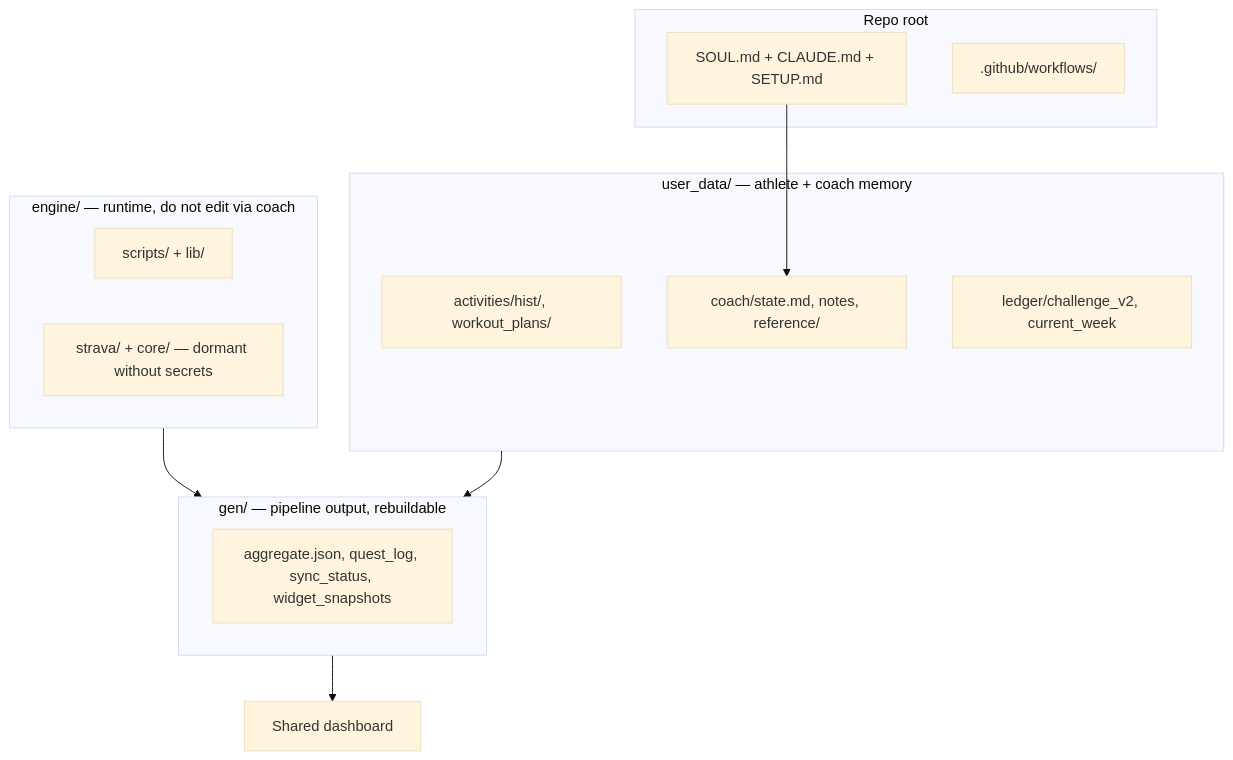
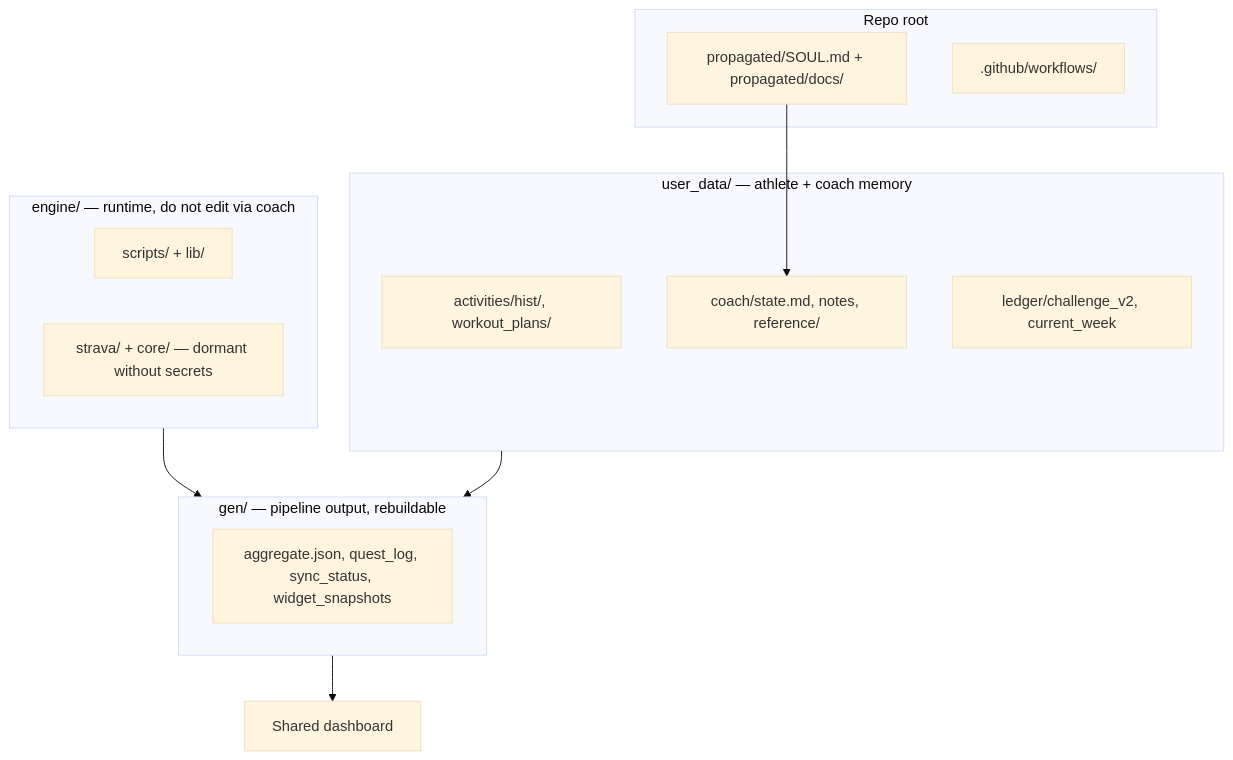
The first of 2 diagrams in docs/skeleton-layout.md (sibling-shipyard/coach-hq), drawn with Mermaid (base theme) before and after one commit. The commit also changed other lines of this file and 17 other files, not shown here.

First line of the commit message:
core: move SOUL + reference docs to propagated/

````diff
--- a/docs/skeleton-layout.md
+++ b/docs/skeleton-layout.md
@@ -17,23 +17,23 @@
 ```mermaid
 flowchart TB
   subgraph root["Repo root"]
-    soul["SOUL.md + CLAUDE.md + SETUP.md"]
+    soul["propagated/SOUL.md + propagated/docs/"]
     gh[".github/workflows/"]
   end
   subgraph engine["engine/ — runtime, do not edit via coach"]
     scripts["scripts/ + lib/"]
     strava["strava/ + core/ — dormant without secrets"]
   end
   subgraph gen["gen/ — pipeline output, rebuildable"]
     agg["aggregate.json, quest_log, sync_status, widget_snapshots"]
   end
   subgraph ud["user_data/ — athlete + coach memory"]
     act["activities/hist/, workout_plans/"]
     coach["coach/state.md, notes, reference/"]
     ledger["ledger/challenge_v2, current_week"]
   end
   soul --> coach
   engine --> gen
   ud --> gen
   gen --> dash["Shared dashboard"]
 ```
````
